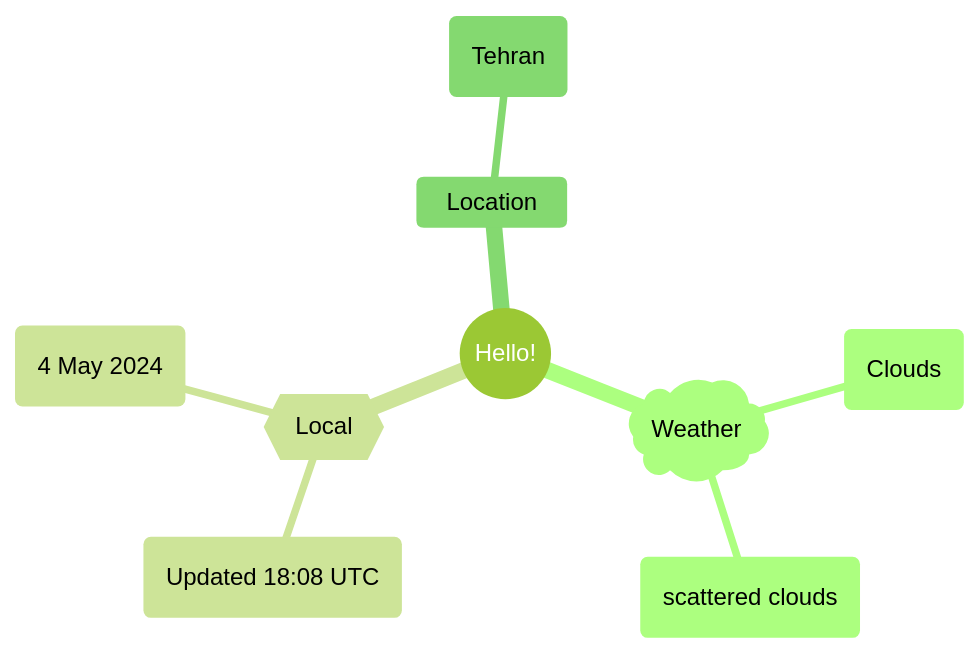
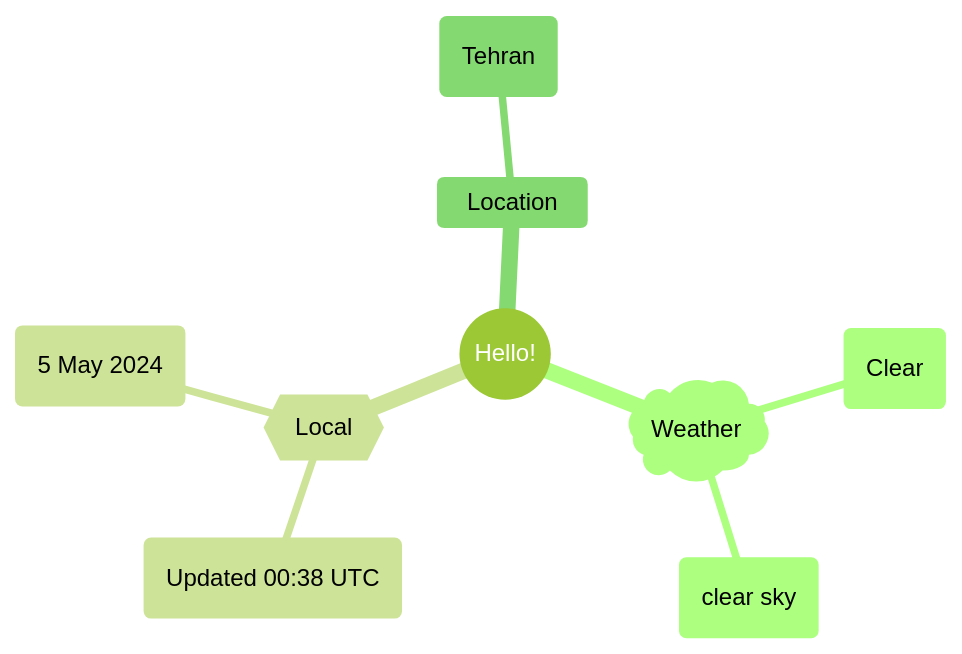
The first of 2 diagrams in README.md (Xosrov/Xosrov), drawn with Mermaid (forest theme) before and after one commit.

Commit message:
[bot] updated images

````diff
--- a/README.md
+++ b/README.md
@@ -3,12 +3,12 @@
 ```mermaid
 mindmap
   root((Hello!))
     )Weather(
-        (Clouds)
-        (scattered clouds)
+        (Clear)
+        (clear sky)
     {{Local}}
-        (Updated 18:08 UTC)
-        (4 May 2024)
+        (Updated 00:38 UTC)
+        (5 May 2024)
     Location
         (Tehran)
 ```
````
